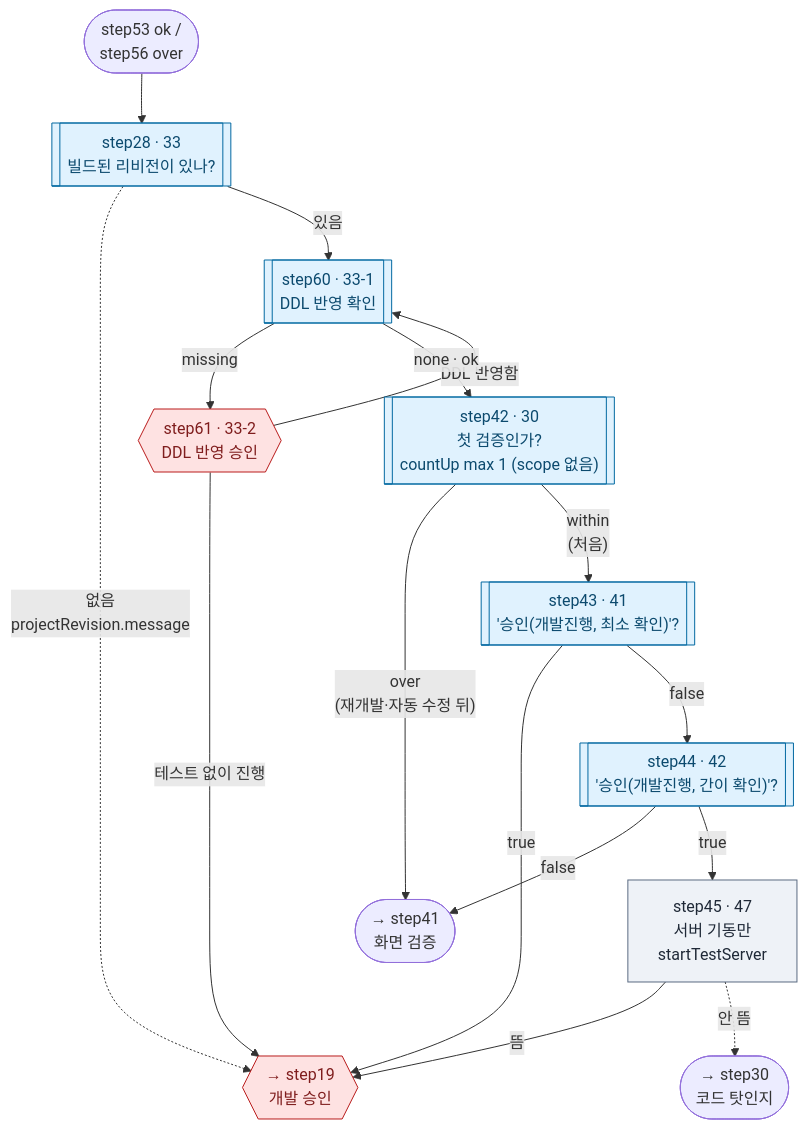
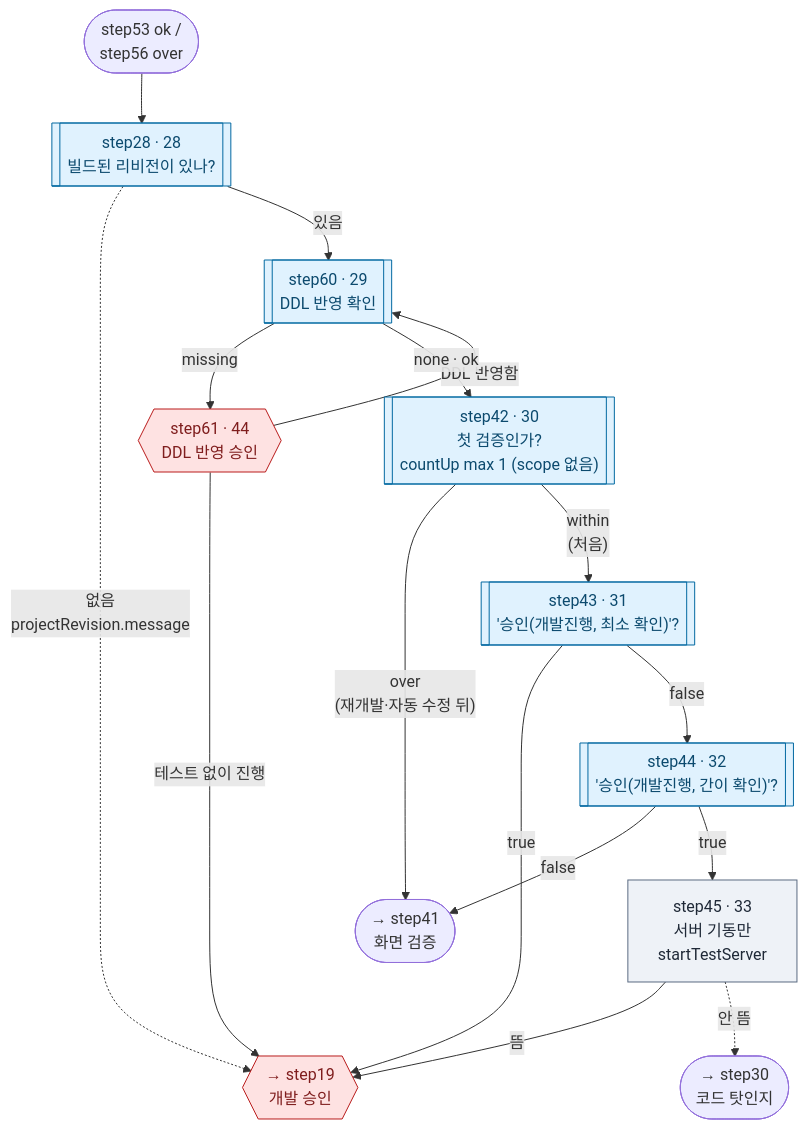
One commit to YongSoekChoeng/dstone changed diagram 14 of 24 in docs/09.dstone-ai-engine-sm-workflow.md. Above: the diagram before and after it, drawn with Mermaid. The commit also changed other lines of this file and 27 other files, not shown here.

````diff
--- a/docs/09.dstone-ai-engine-sm-workflow.md
+++ b/docs/09.dstone-ai-engine-sm-workflow.md
@@ -1096,22 +1087,22 @@
 ```mermaid
 flowchart TD
-    IN(["step53 ok /<br/>step56 over"]) --> step28[["step28 · 33<br/>빌드된 리비전이 있나?"]]:::route
+    IN(["step53 ok /<br/>step56 over"]) --> step28[["step28 · 28<br/>빌드된 리비전이 있나?"]]:::route
     step28 -.->|"없음<br/>projectRevision.message"| step19{{"→ step19<br/>개발 승인"}}:::appr
-    step28 -->|있음| step60[["step60 · 33-1<br/>DDL 반영 확인"]]:::route
-    step60 -->|missing| step61{{"step61 · 33-2<br/>DDL 반영 승인"}}:::appr
+    step28 -->|있음| step60[["step60 · 29<br/>DDL 반영 확인"]]:::route
+    step60 -->|missing| step61{{"step61 · 44<br/>DDL 반영 승인"}}:::appr
     step61 -->|DDL 반영함| step60
     step61 -->|테스트 없이 진행| step19
     step60 -->|"none · ok"| step42[["step42 · 30<br/>첫 검증인가?<br/>countUp max 1 (scope 없음)"]]:::route
     step42 -->|"over<br/>(재개발·자동 수정 뒤)"| FULL(["→ step41<br/>화면 검증"])
-    step42 -->|"within<br/>(처음)"| step43[["step43 · 41<br/>'승인(개발진행, 최소 확인)'?"]]:::route
+    step42 -->|"within<br/>(처음)"| step43[["step43 · 31<br/>'승인(개발진행, 최소 확인)'?"]]:::route
     step43 -->|true| step19
-    step43 -->|false| step44[["step44 · 42<br/>'승인(개발진행, 간이 확인)'?"]]:::route
+    step43 -->|false| step44[["step44 · 32<br/>'승인(개발진행, 간이 확인)'?"]]:::route
     step44 -->|false| FULL
-    step44 -->|true| step45["step45 · 47<br/>서버 기동만<br/>startTestServer"]:::tool
+    step44 -->|true| step45["step45 · 33<br/>서버 기동만<br/>startTestServer"]:::tool
     step45 -->|뜸| step19
     step45 -.->|"안 뜸"| step30(["→ step30<br/>코드 탓인지"])
 
     classDef tool fill:#eef2f7,stroke:#5b6b82,color:#1f2937
     classDef route fill:#e0f2fe,stroke:#0369a1,color:#0c4a6e
     classDef appr fill:#fee2e2,stroke:#b91c1c,color:#7f1d1d
 ```
````
